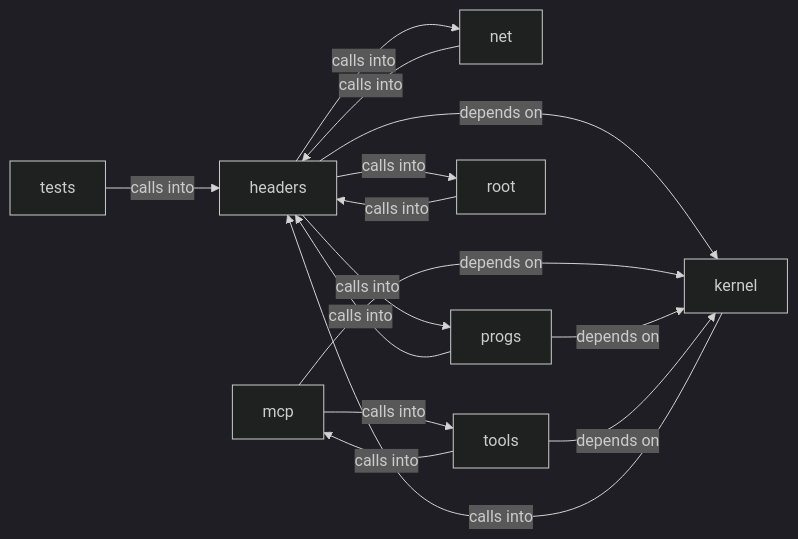
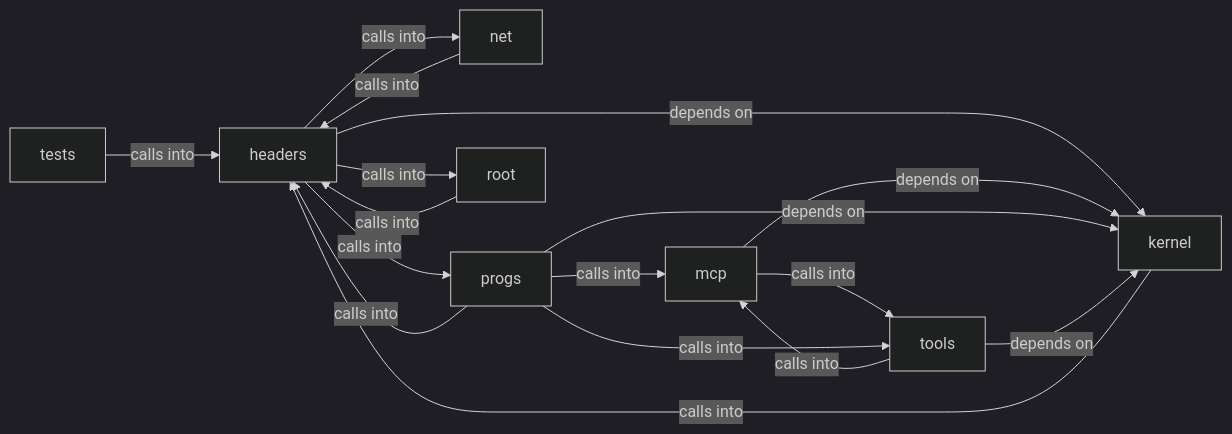
One commit to grisuno/miniOS changed the diagram in readmenator-diagrams/tools_tls_crypto.md. Above: the diagram before and after it, drawn with Mermaid (dark theme). The commit also changed other lines of this file and 249 other files, not shown here.

````diff
--- a/readmenator-diagrams/tools_tls_crypto.md
+++ b/readmenator-diagrams/tools_tls_crypto.md
@@ -5,25 +5,27 @@
 ```mermaid
 graph LR
     headers["headers"]
     kernel["kernel"]
     mcp["mcp"]
     net["net"]
     progs["progs"]
     root["root"]
     tests["tests"]
     tools["tools"]
     headers -- "depends on" --> kernel
     headers -- "calls into" --> net
     headers -- "calls into" --> progs
     headers -- "calls into" --> root
     kernel -- "calls into" --> headers
     mcp -- "depends on" --> kernel
     mcp -- "calls into" --> tools
     net -- "calls into" --> headers
     progs -- "calls into" --> headers
     progs -- "depends on" --> kernel
+    progs -- "calls into" --> mcp
+    progs -- "calls into" --> tools
     root -- "calls into" --> headers
     tests -- "calls into" --> headers
     tools -- "depends on" --> kernel
     tools -- "calls into" --> mcp
 ```
````
